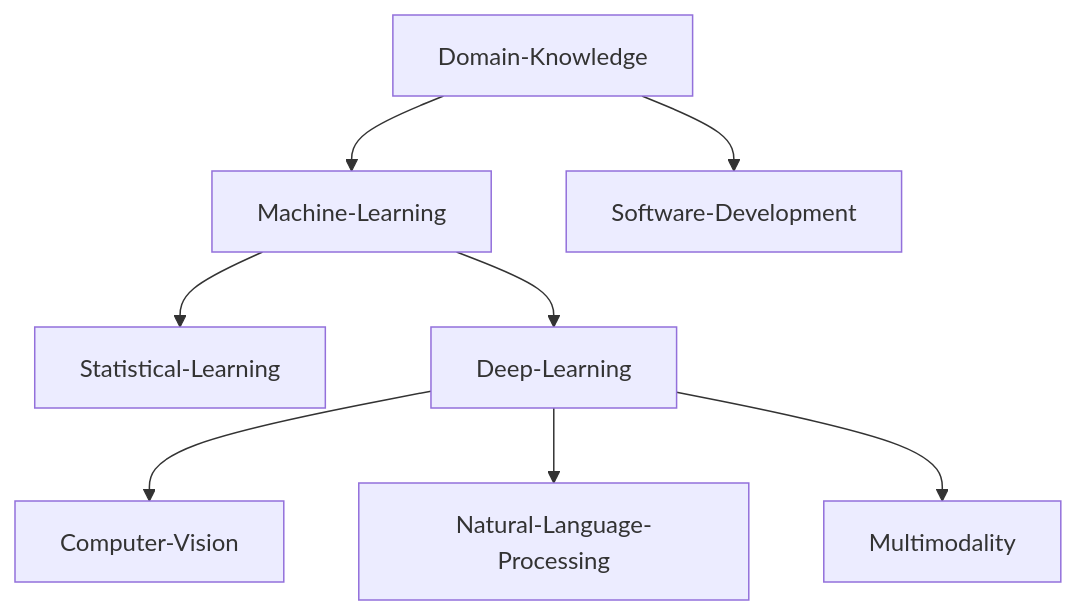
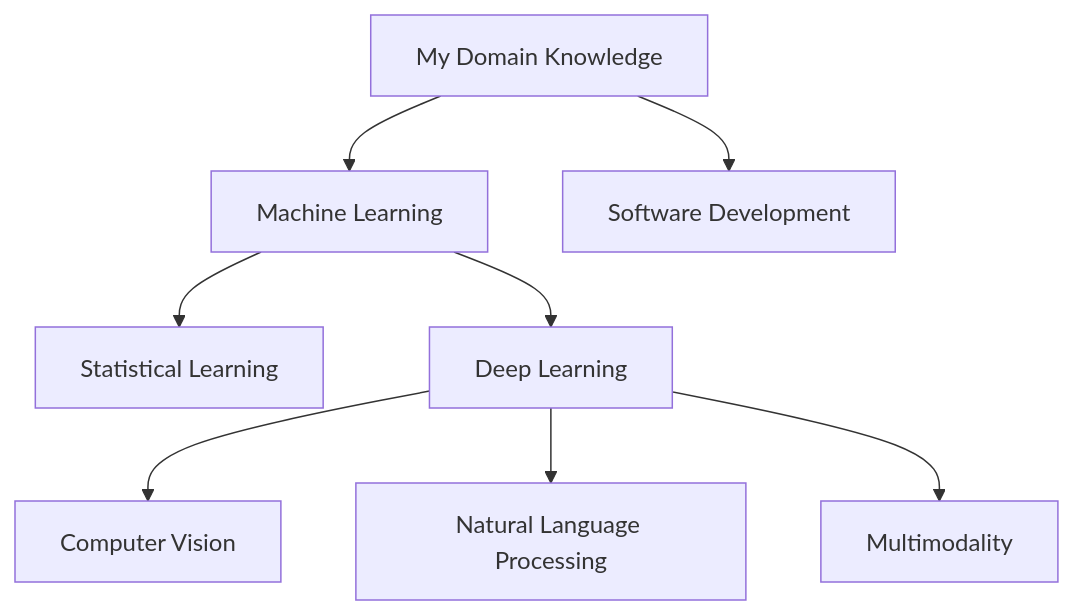
The diagram in README.md (XavierSpycy/XavierSpycy), drawn with Mermaid before and after one commit. The commit also changed other lines of this file, not shown here.

````diff
--- a/README.md
+++ b/README.md
@@ -8,10 +11,10 @@
 ```mermaid
 graph TD;
-    Domain-Knowledge-->Machine-Learning;
-    Machine-Learning-->Statistical-Learning;
-    Machine-Learning-->Deep-Learning;
-    Domain-Knowledge-->Software-Development;
-    Deep-Learning-->Computer-Vision;
-    Deep-Learning-->Natural-Language-Processing;
-    Deep-Learning-->Multimodality;
+    MyDomainKnowledge[My Domain Knowledge]-->MachineLearning[Machine Learning];
+    MachineLearning[Machine Learning]-->StatisticalLearning[Statistical Learning];
+    MachineLearning[Machine Learning]-->DeepLearning[Deep Learning];
+    MyDomainKnowledge[My Domain Knowledge]-->SoftwareDevelopment[Software Development];
+    DeepLearning[Deep Learning]-->ComputerVision[Computer Vision];
+    DeepLearning[Deep Learning]-->NaturalLanguageProcessing[Natural Language Processing];
+    DeepLearning[Deep Learning]-->Multimodality;
    ```
````
